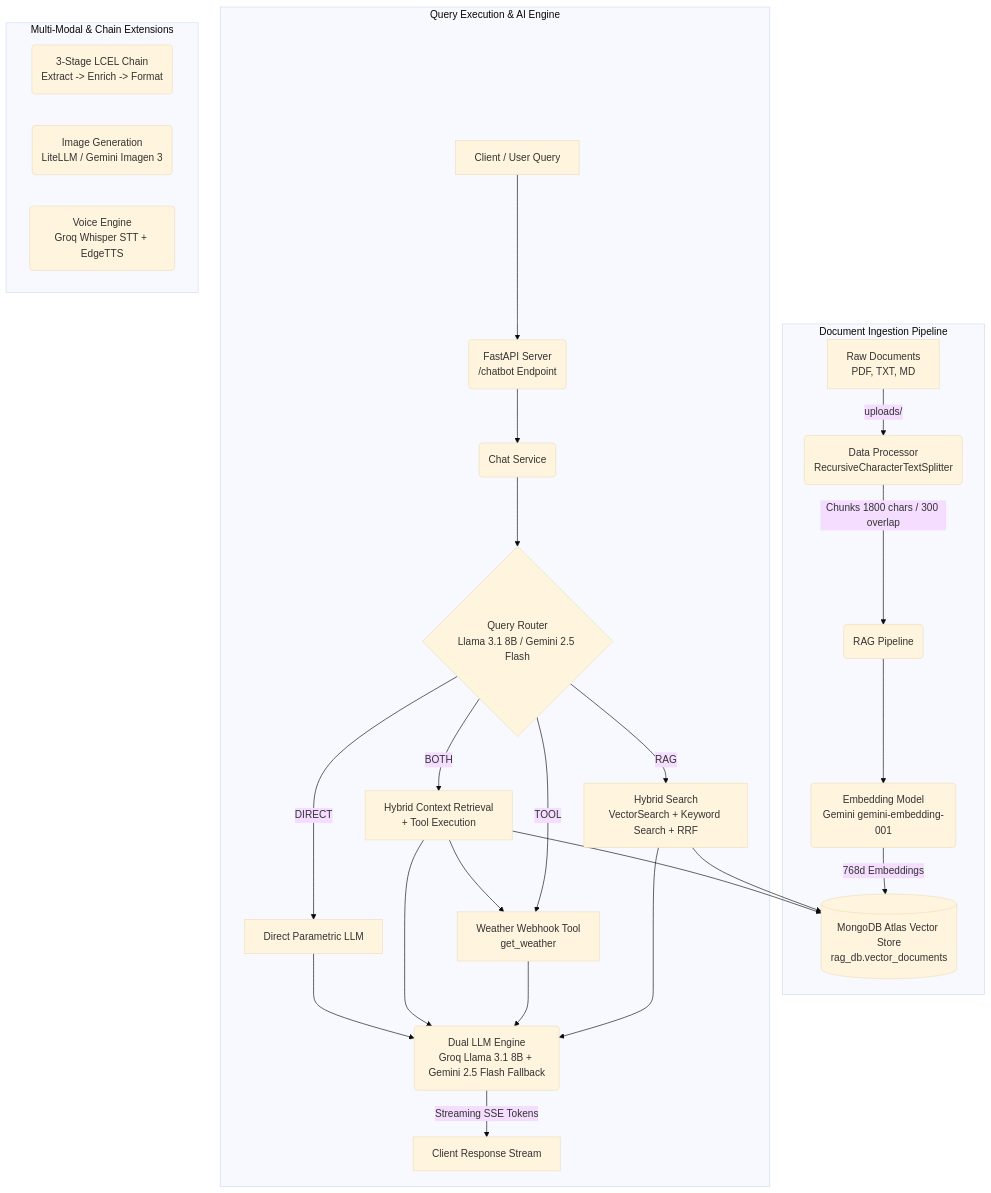
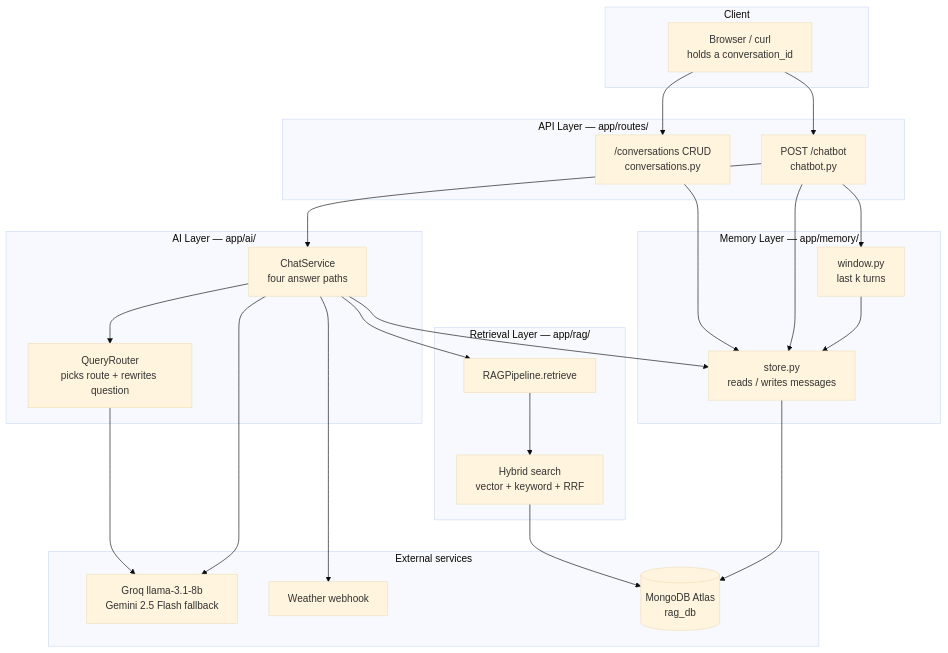
Before and after one commit to Harish1404/Naive-RAG-LangChain: the first of 3 diagrams in docs/architecture.md, drawn with Mermaid (base theme). The commit also changed other lines of this file and 16 other files, not shown here.

````diff
--- a/docs/architecture.md
+++ b/docs/architecture.md
@@ -5,42 +31,49 @@
 ```mermaid
-graph TD
-    %% Ingestion Flow
-    subgraph Document Ingestion Pipeline
-        A[Raw Documents<br/>PDF, TXT, MD] -->|uploads/| B(Data Processor<br/>RecursiveCharacterTextSplitter)
-        B -->|Chunks 1800 chars / 300 overlap| C(RAG Pipeline)
-        C --> D(Embedding Model<br/>Gemini gemini-embedding-001)
-        D -->|768d Embeddings| E[(MongoDB Atlas Vector Store<br/>rag_db.vector_documents)]
+graph TB
+    subgraph CLIENT["Client"]
+        UI["Browser / curl<br/>holds a conversation_id"]
     end
 
-    %% User Request & Query Router
-    subgraph Query Execution & AI Engine
-        F[Client / User Query] --> G(FastAPI Server<br/>/chatbot Endpoint)
-        G --> H(Chat Service)
-        H --> I{Query Router<br/>Llama 3.1 8B / Gemini 2.5 Flash}
-        
-        %% Routing Paths
-        I -->|RAG| J[Hybrid Search<br/>VectorSearch + Keyword Search + RRF]
-        I -->|TOOL| K[Weather Webhook Tool<br/>get_weather]
-        I -->|BOTH| L[Hybrid Context Retrieval<br/>+ Tool Execution]
-        I -->|DIRECT| M[Direct Parametric LLM]
-
-        J --> E
-        L --> E
-        L --> K
-
-        %% Generation
-        J --> N(Dual LLM Engine<br/>Groq Llama 3.1 8B + Gemini 2.5 Flash Fallback)
-        K --> N
-        L --> N
-        M --> N
-        
-        N -->|Streaming SSE Tokens| O[Client Response Stream]
+    subgraph API["API Layer &mdash; app/routes/"]
+        CHATEP["POST /chatbot<br/>chatbot.py"]
+        CONVEP["/conversations CRUD<br/>conversations.py"]
     end
 
-    %% Secondary AI Modules
-    subgraph Multi-Modal & Chain Extensions
-        P(3-Stage LCEL Chain<br/>Extract -> Enrich -> Format)
-        Q(Image Generation<br/>LiteLLM / Gemini Imagen 3)
-        R(Voice Engine<br/>Groq Whisper STT + EdgeTTS)
+    subgraph AI["AI Layer &mdash; app/ai/"]
+        ROUTER["QueryRouter<br/>picks route + rewrites question"]
+        SERVICE["ChatService<br/>four answer paths"]
     end
+
+    subgraph MEM["Memory Layer &mdash; app/memory/"]
+        WINDOW["window.py<br/>last k turns"]
+        STORE["store.py<br/>reads / writes messages"]
+    end
+
+    subgraph RAG["Retrieval Layer &mdash; app/rag/"]
+        PIPE["RAGPipeline.retrieve"]
+        HYB["Hybrid search<br/>vector + keyword + RRF"]
+    end
+
+    subgraph EXT["External services"]
+        LLM["Groq llama-3.1-8b<br/>Gemini 2.5 Flash fallback"]
+        HOOK["Weather webhook"]
+        DB[("MongoDB Atlas<br/>rag_db")]
+    end
+
+    UI --> CHATEP
+    UI --> CONVEP
+    CONVEP --> STORE
+    CHATEP --> STORE
+    CHATEP --> WINDOW
+    CHATEP --> SERVICE
+    WINDOW --> STORE
+    SERVICE --> ROUTER
+    ROUTER --> LLM
+    SERVICE --> PIPE
+    SERVICE --> HOOK
+    SERVICE --> LLM
+    SERVICE --> STORE
+    PIPE --> HYB
+    HYB --> DB
+    STORE --> DB
 ```
````
